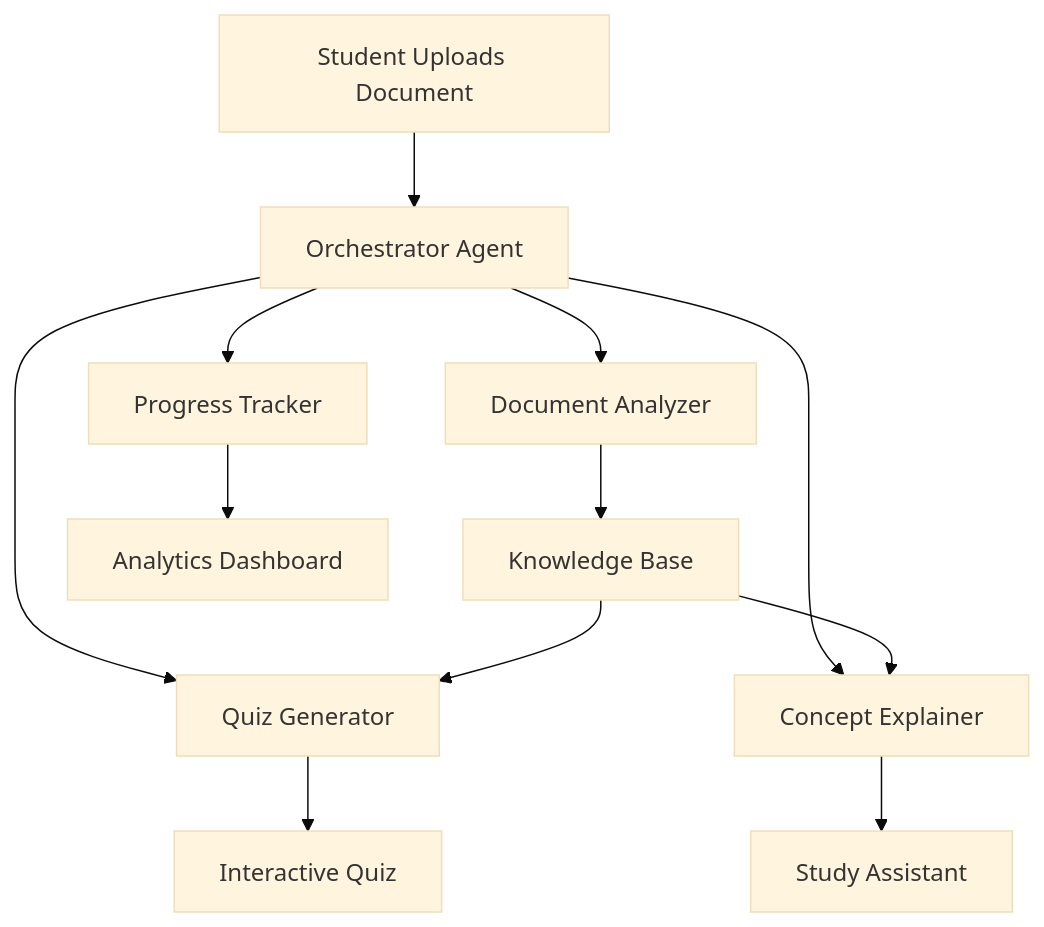
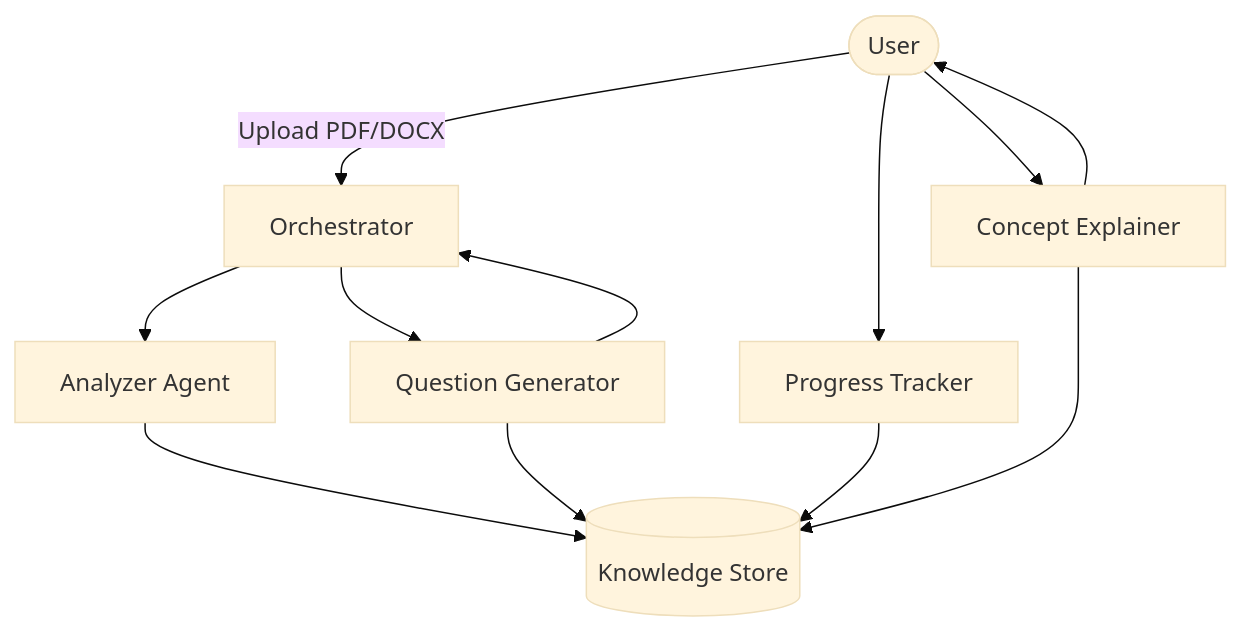
One commit to f4insane-commits/smart-study-assistant changed the diagram in README.md. Above: the diagram before and after it, drawn with Mermaid (base theme). The commit also changed other lines of this file and 36 other files, not shown here.

````diff
--- a/README.md
+++ b/README.md
@@ -100,27 +91,27 @@
 ```mermaid
 graph TD
 
-A[Student Uploads Document]
+User([User])
 
-A --> B[Orchestrator Agent]
+User -->|Upload PDF/DOCX| O[Orchestrator]
 
-B --> C[Document Analyzer]
+O --> A[Analyzer Agent]
 
-B --> D[Quiz Generator]
+A --> DB[(Knowledge Store)]
 
-B --> E[Concept Explainer]
+O --> Q[Question Generator]
 
-B --> F[Progress Tracker]
+Q --> DB
 
-C --> G[Knowledge Base]
+Q --> O
 
-G --> D
+User --> PT[Progress Tracker]
 
-G --> E
+PT --> DB
 
-D --> H[Interactive Quiz]
+User --> E[Concept Explainer]
 
-E --> I[Study Assistant]
+E --> DB
 
-F --> J[Analytics Dashboard]
+E --> User
 ```
````
